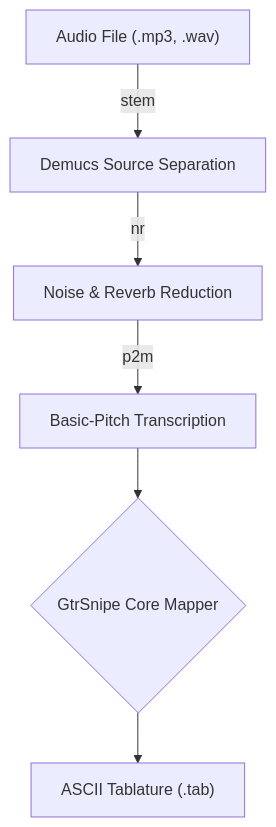
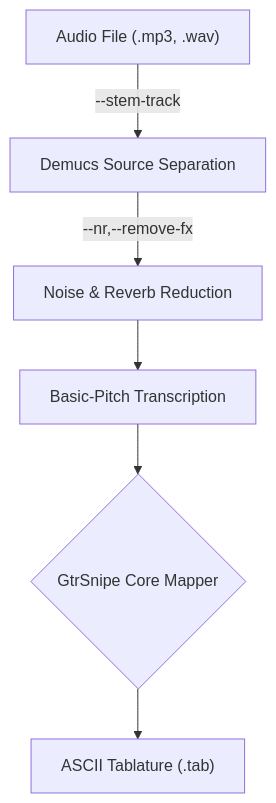
One commit to scottvr/gtrsnipe changed the diagram in README.md. Above: the diagram before and after it, drawn with Mermaid. The commit also changed other lines of this file, not shown here.

````diff
--- a/README.md
+++ b/README.md
@@ -23,8 +23,8 @@
 ```mermaid
 flowchart TD
-    A["Audio File (.mp3, .wav)"] -->|stem| B["Demucs Source Separation"]
-    B -->|nr| C["Noise & Reverb Reduction"]
-    C -->|p2m| D["Basic-Pitch Transcription"]
+    A["Audio File (.mp3, .wav)"] -->|"--stem-track"| B["Demucs Source Separation"]
+    B -->|"--nr,--remove-fx"| C["Noise & Reverb Reduction"]
+    C --> D["Basic-Pitch Transcription"]
     D --> E{"GtrSnipe Core Mapper"}
     E --> F["ASCII Tablature (.tab)"]
 ```
````
